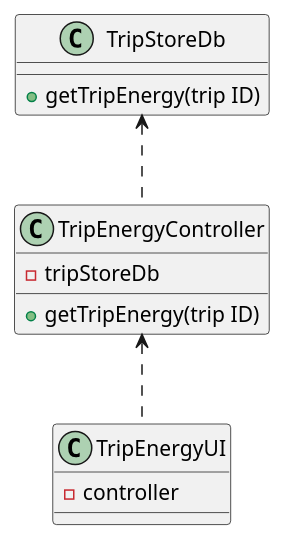
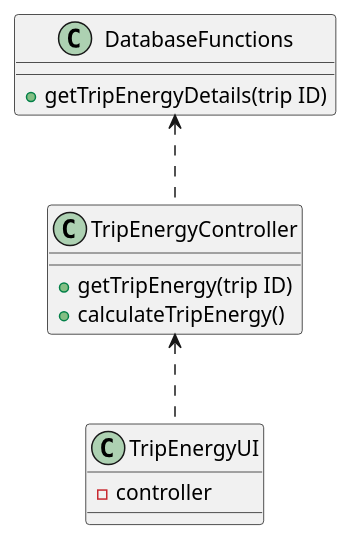
Before and after one commit to 1190772/LAB-Project-3: the diagram in docs/Sprint 4/US/US413/US413_CD.puml, drawn with PlantUML. The commit also changed 8 other files, not shown here.

```diff
--- a/docs/Sprint 4/US/US413/US413_CD.puml
+++ b/docs/Sprint 4/US/US413/US413_CD.puml
@@ -1,20 +1,20 @@
 @startuml
 'https://plantuml.com/class-diagram
 
 class TripEnergyUI {
 - controller
 }
 
 class TripEnergyController {
-- tripStoreDb
 + getTripEnergy(trip ID)
++ calculateTripEnergy()
 }
 
-class TripStoreDb {
-+ getTripEnergy(trip ID)
+class DatabaseFunctions {
++ getTripEnergyDetails(trip ID)
 }
 
 TripEnergyController <.. TripEnergyUI
-TripStoreDb <.. TripEnergyController
+DatabaseFunctions <.. TripEnergyController
 
 @enduml
```
